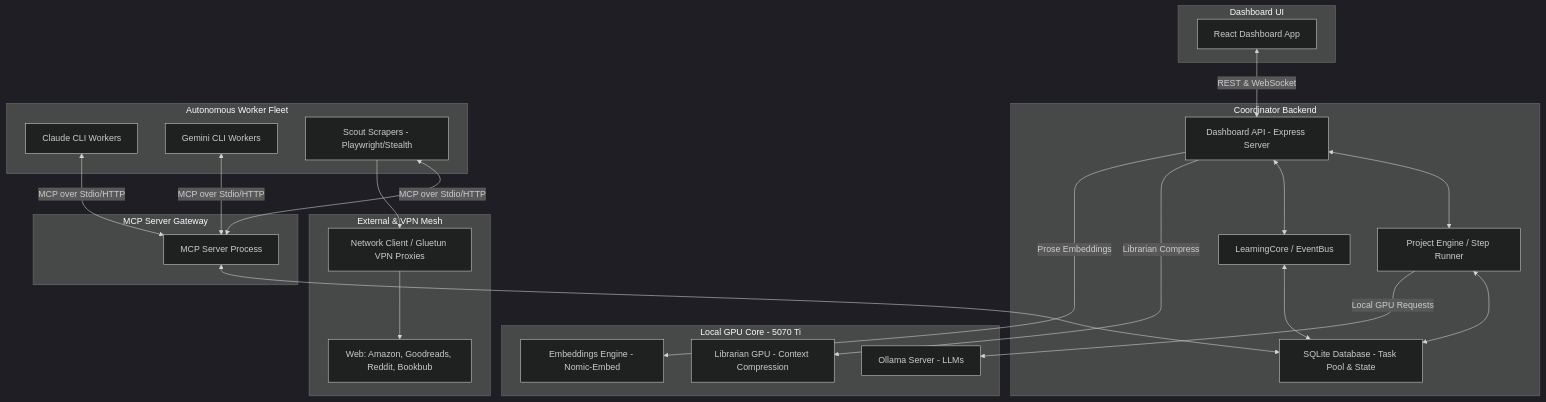
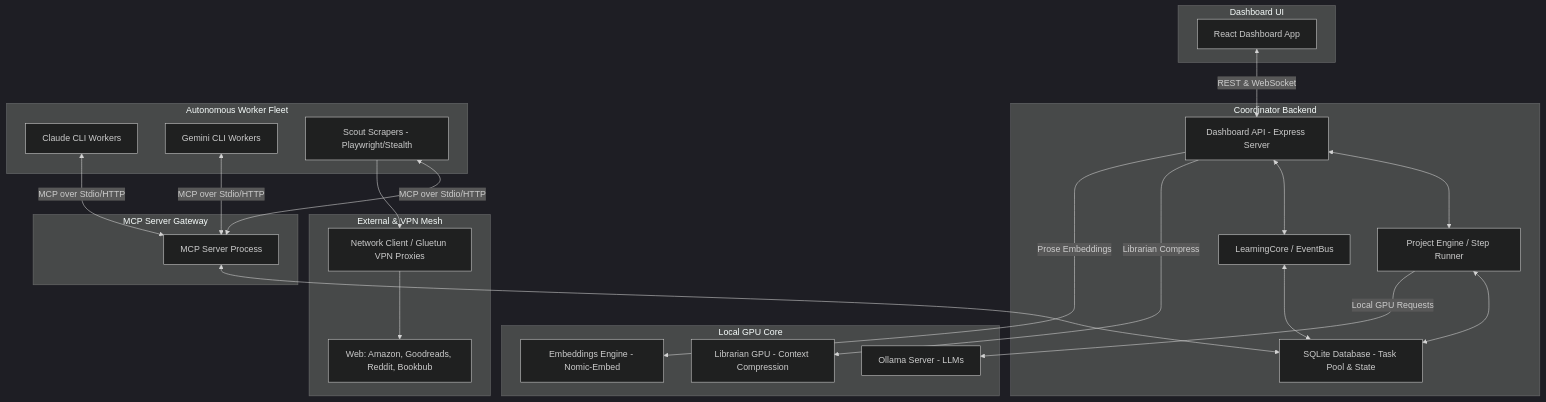
Before and after one commit to Perry5216/perry-system: the first of 3 diagrams in docs/perry_system_architecture.md, drawn with Mermaid (dark theme). The commit also changed other lines of this file, not shown here.

Commit message:
docs(architecture): reframe as platform; fix broken links; add event taxonomy, config model, security topology, DB schema, bring-your-own-domain guide

````diff
--- a/docs/perry_system_architecture.md
+++ b/docs/perry_system_architecture.md
@@ -12,52 +26,52 @@
 ```mermaid
 graph TB
     subgraph Dashboard UI
         A[React Dashboard App]
     end
 
     subgraph Coordinator Backend
         B[Dashboard API - Express Server]
         C[Project Engine / Step Runner]
         D[LearningCore / EventBus]
         E[SQLite Database - Task Pool & State]
     end
 
     subgraph MCP Server Gateway
         F[MCP Server Process]
     end
 
     subgraph Autonomous Worker Fleet
         G[Claude CLI Workers]
         H[Gemini CLI Workers]
         I[Scout Scrapers - Playwright/Stealth]
     end
 
-    subgraph Local GPU Core - 5070 Ti
+    subgraph Local GPU Core
         J[Ollama Server - LLMs]
         K[Librarian GPU - Context Compression]
         L[Embeddings Engine - Nomic-Embed]
     end
 
     subgraph External & VPN Mesh
         M[Network Client / Gluetun VPN Proxies]
         N[Web: Amazon, Goodreads, Reddit, Bookbub]
     end
 
     A <-->|REST & WebSocket| B
     B <--> C
     B <--> D
     C <--> E
     F <--> E
     D <--> E
-    
+
     G <-->|MCP over Stdio/HTTP| F
     H <-->|MCP over Stdio/HTTP| F
     I <-->|MCP over Stdio/HTTP| F
-    
+
     C -->|Local GPU Requests| J
     B -->|Librarian Compress| K
     B -->|Prose Embeddings| L
-    
+
     I --> M
     M --> N
 ```
````
